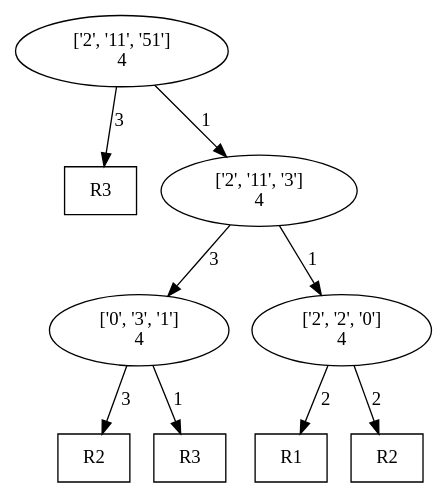
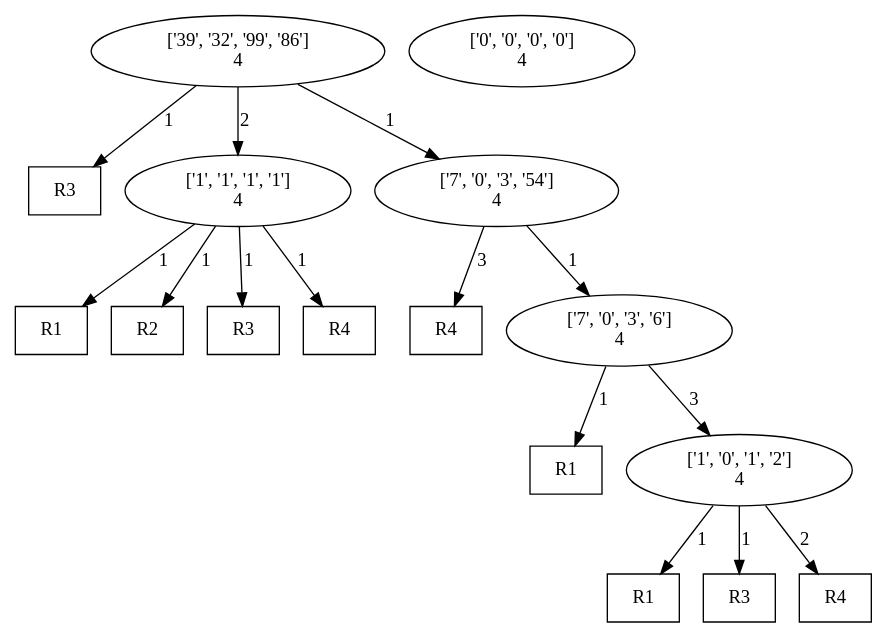
The diagram in PossibleRatios/skeletonTreeAfterAnnotation.dot (AbhikKhan/ApproximatedSAT), drawn with Graphviz before and after one commit. The commit also changed 3077 other files, not shown here.

```diff
--- a/PossibleRatios/skeletonTreeAfterAnnotation.dot
+++ b/PossibleRatios/skeletonTreeAfterAnnotation.dot
@@ -1,15 +1,23 @@
 digraph "DD" { 
 graph [ ordering = "out"];
-1 [label = "['2', '11', '51']\n4"];
+1 [label = "['39', '32', '99', '86']\n4"];
 5000 [shape="box",label = "R3"];
-1 -> 5000[label =3];2 [label = "['2', '11', '3']\n4"];
-3 [label = "['0', '3', '1']\n4"];
-5001 [shape="box",label = "R2"];
-3 -> 5001[label =3];5002 [shape="box",label = "R3"];
-3 -> 5002[label =1];4 [label = "['2', '2', '0']\n4"];
-5003 [shape="box",label = "R1"];
-4 -> 5003[label =2];5004 [shape="box",label = "R2"];
-4 -> 5004[label =2];1 -> 2[label = 1];
-2 -> 3[label = 3];
-2 -> 4[label = 1];
+1 -> 5000[label =1];2 [label = "['1', '1', '1', '1']\n4"];
+5001 [shape="box",label = "R1"];
+2 -> 5001[label =1];5002 [shape="box",label = "R2"];
+2 -> 5002[label =1];5003 [shape="box",label = "R3"];
+2 -> 5003[label =1];5004 [shape="box",label = "R4"];
+2 -> 5004[label =1];3 [label = "['7', '0', '3', '54']\n4"];
+5005 [shape="box",label = "R4"];
+3 -> 5005[label =3];4 [label = "['7', '0', '3', '6']\n4"];
+5006 [shape="box",label = "R1"];
+4 -> 5006[label =1];5 [label = "['1', '0', '1', '2']\n4"];
+5007 [shape="box",label = "R1"];
+5 -> 5007[label =1];5008 [shape="box",label = "R3"];
+5 -> 5008[label =1];5009 [shape="box",label = "R4"];
+5 -> 5009[label =2];6 [label = "['0', '0', '0', '0']\n4"];
+1 -> 2[label = 2];
+1 -> 3[label = 1];
+3 -> 4[label = 1];
+4 -> 5[label = 3];
 }
```
